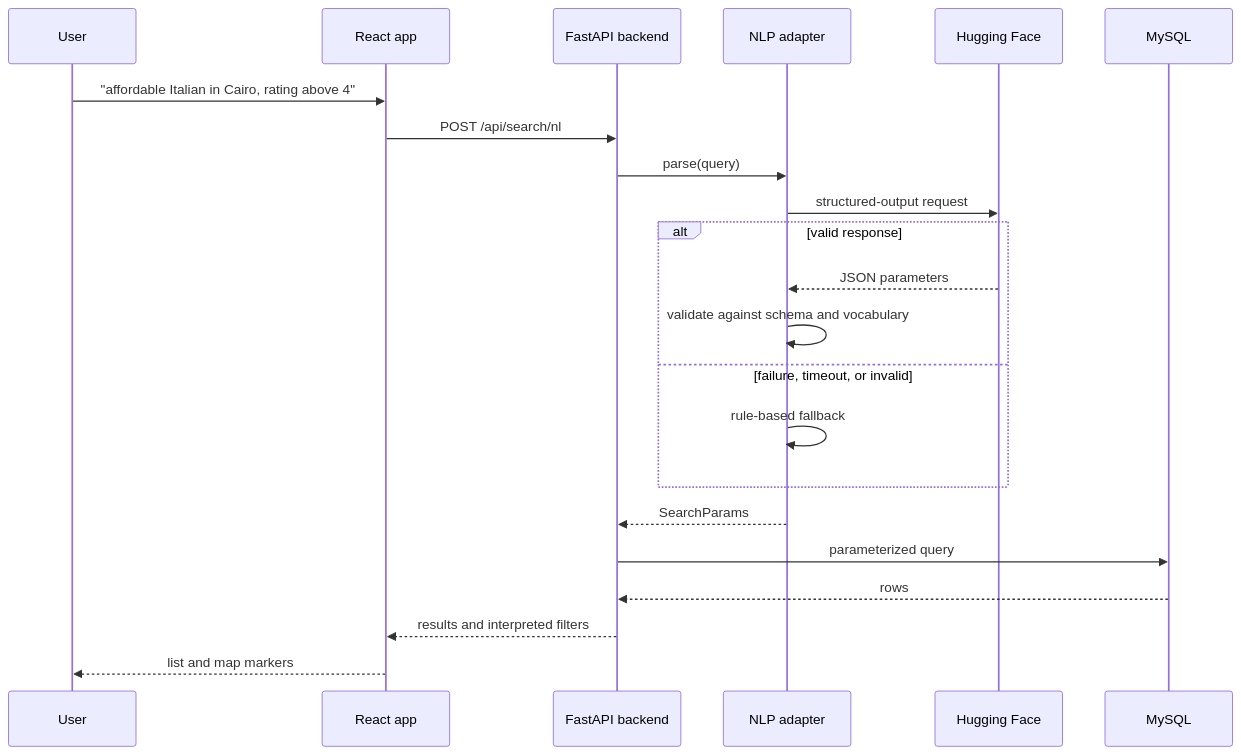
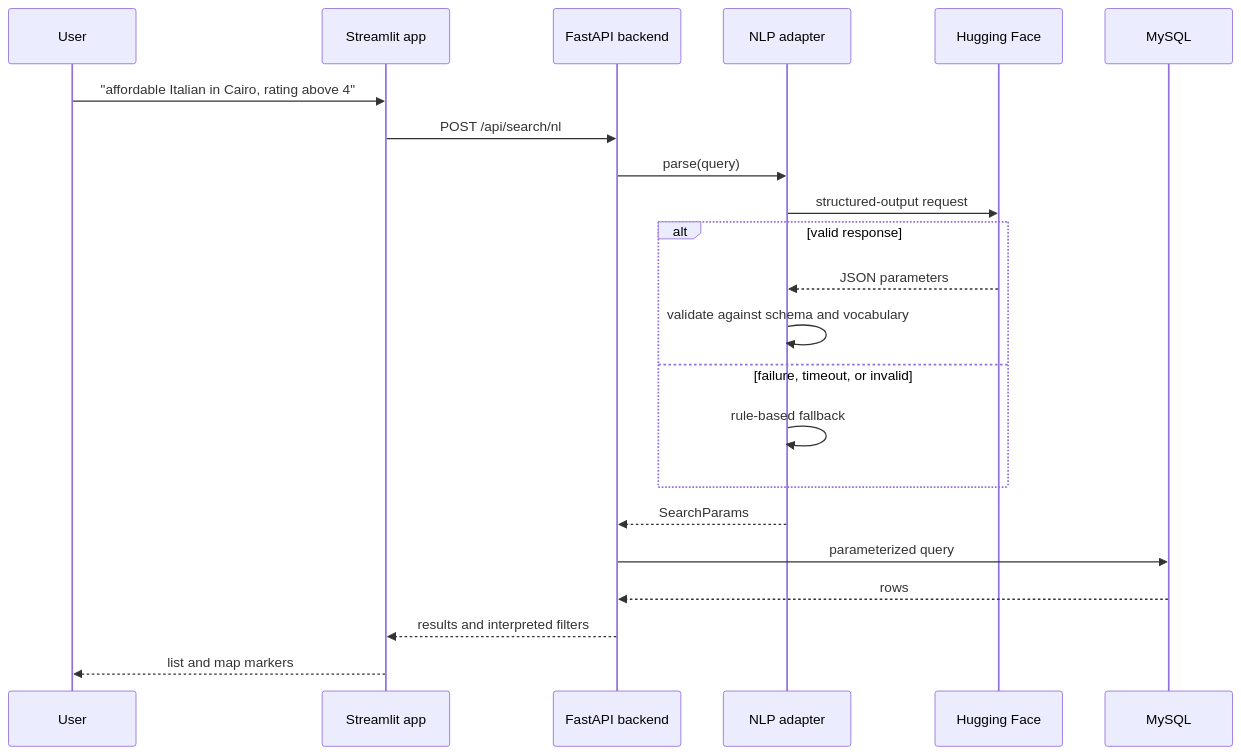
One commit to Ziad17-Ai/Global-Restaurant-Explorer- changed the seventh of 9 diagrams in docs/ARCHITECTURE.md. Above: the diagram before and after it, drawn with Mermaid. The commit also changed other lines of this file and 12 other files, not shown here.

````diff
--- a/docs/ARCHITECTURE.md
+++ b/docs/ARCHITECTURE.md
@@ -272,24 +272,24 @@
 ```mermaid
 sequenceDiagram
     participant U as User
-    participant W as React app
+    participant W as Streamlit app
     participant A as FastAPI backend
     participant N as NLP adapter
     participant H as Hugging Face
     participant D as MySQL
     U->>W: "affordable Italian in Cairo, rating above 4"
     W->>A: POST /api/search/nl
     A->>N: parse(query)
     N->>H: structured-output request
     alt valid response
         H-->>N: JSON parameters
         N->>N: validate against schema and vocabulary
     else failure, timeout, or invalid
         N->>N: rule-based fallback
     end
     N-->>A: SearchParams
     A->>D: parameterized query
     D-->>A: rows
     A-->>W: results and interpreted filters
     W-->>U: list and map markers
 ```
````
